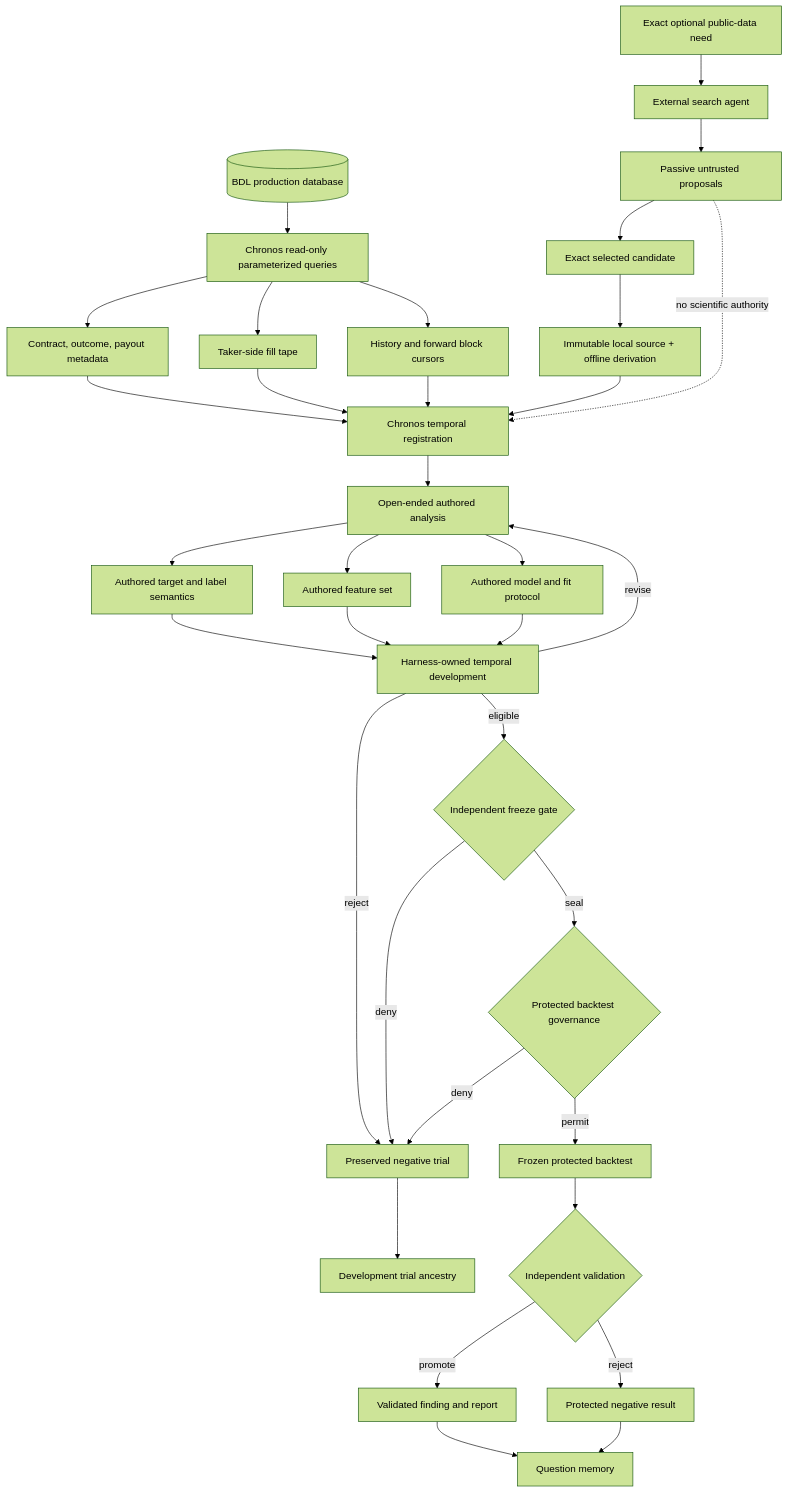
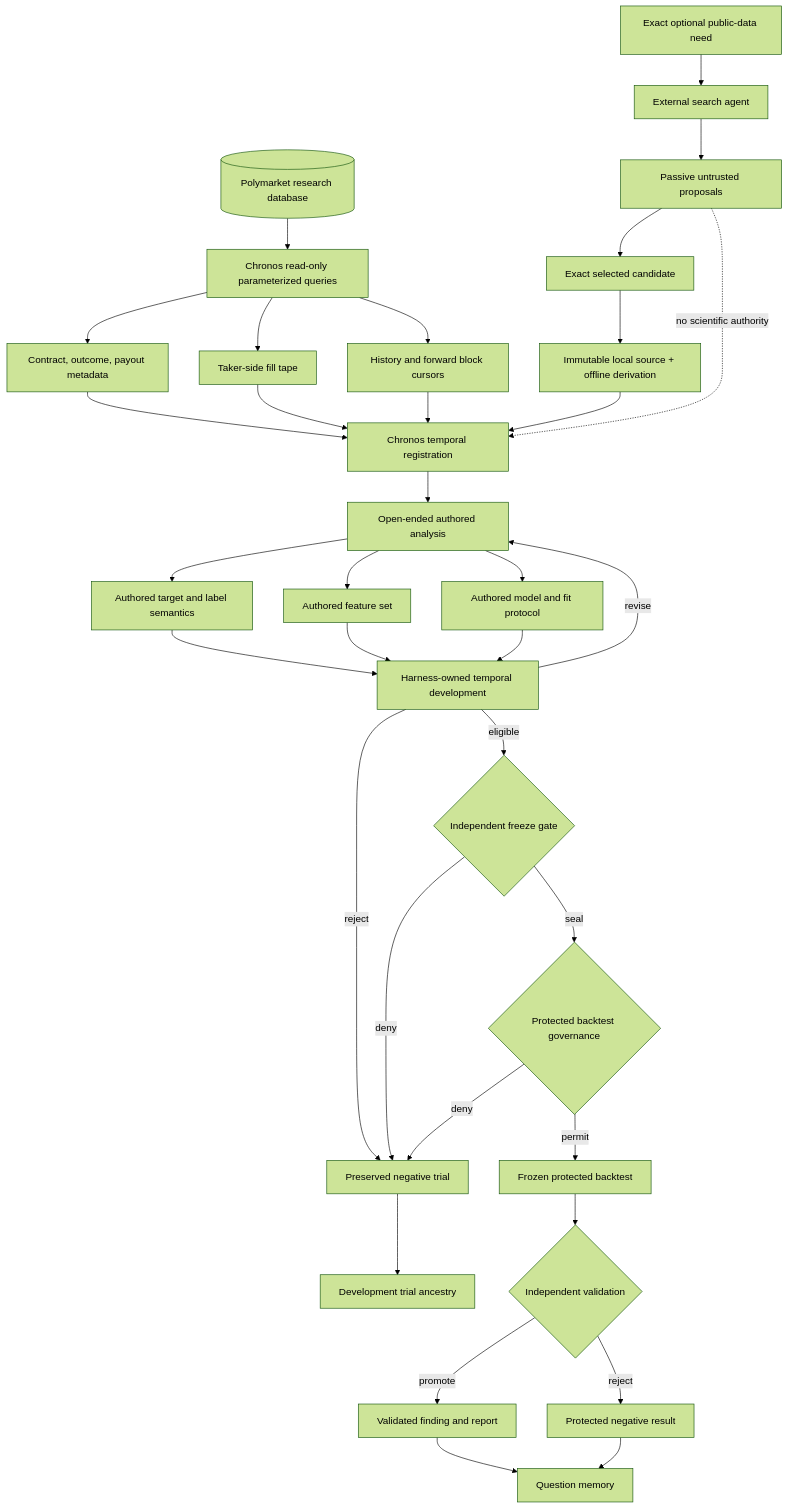
Before and after one commit to kthaisociety/Polymarket: the third of 4 diagrams in README.md, drawn with Mermaid (forest theme). The commit also changed other lines of this file and 101 other files, not shown here.

````diff
--- a/README.md
+++ b/README.md
@@ -125,38 +124,38 @@
 ```mermaid
 flowchart TD
-    DB[("BDL production database")] --> READ["Chronos read-only parameterized queries"]
+    DB[("Polymarket research database")] --> READ["Chronos read-only parameterized queries"]
     READ --> META["Contract, outcome, payout metadata"]
     READ --> TAPE["Taker-side fill tape"]
     READ --> VINTAGE["History and forward block cursors"]
     META --> REGISTER["Chronos temporal registration"]
     TAPE --> REGISTER
     VINTAGE --> REGISTER
 
     NEED["Exact optional public-data need"] --> SCOUT["External search agent"]
     SCOUT --> PROPOSAL["Passive untrusted proposals"]
     PROPOSAL --> SELECT["Exact selected candidate"]
     SELECT --> LOCAL["Immutable local source + offline derivation"]
     LOCAL --> REGISTER
     PROPOSAL -. "no scientific authority" .-> REGISTER
 
     REGISTER --> ANALYSIS["Open-ended authored analysis"]
     ANALYSIS --> LABELS["Authored target and label semantics"]
     ANALYSIS --> FEATURES["Authored feature set"]
     ANALYSIS --> MODELS["Authored model and fit protocol"]
     LABELS --> DEVELOPMENT["Harness-owned temporal development"]
     FEATURES --> DEVELOPMENT
     MODELS --> DEVELOPMENT
     DEVELOPMENT -->|"revise"| ANALYSIS
     DEVELOPMENT -->|"reject"| NEGATIVE_DEV["Preserved negative trial"]
     DEVELOPMENT -->|"eligible"| FREEZE{"Independent freeze gate"}
     FREEZE -->|"deny"| NEGATIVE_DEV
     FREEZE -->|"seal"| PROTECTED{"Protected backtest governance"}
     PROTECTED -->|"deny"| NEGATIVE_DEV
     PROTECTED -->|"permit"| BACKTEST["Frozen protected backtest"]
     BACKTEST --> VALIDATE{"Independent validation"}
     VALIDATE -->|"promote"| FINDING["Validated finding and report"]
     VALIDATE -->|"reject"| NEGATIVE["Protected negative result"]
     FINDING --> MEMORY["Question memory"]
     NEGATIVE --> MEMORY
     NEGATIVE_DEV --> HISTORY["Development trial ancestry"]
 ```
````
